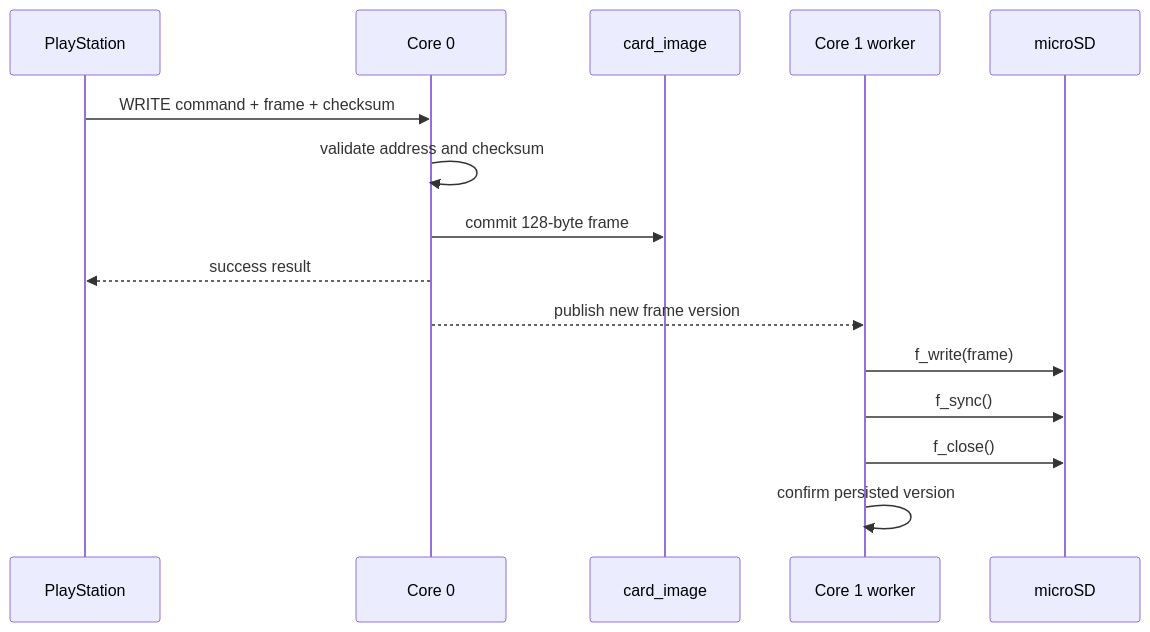
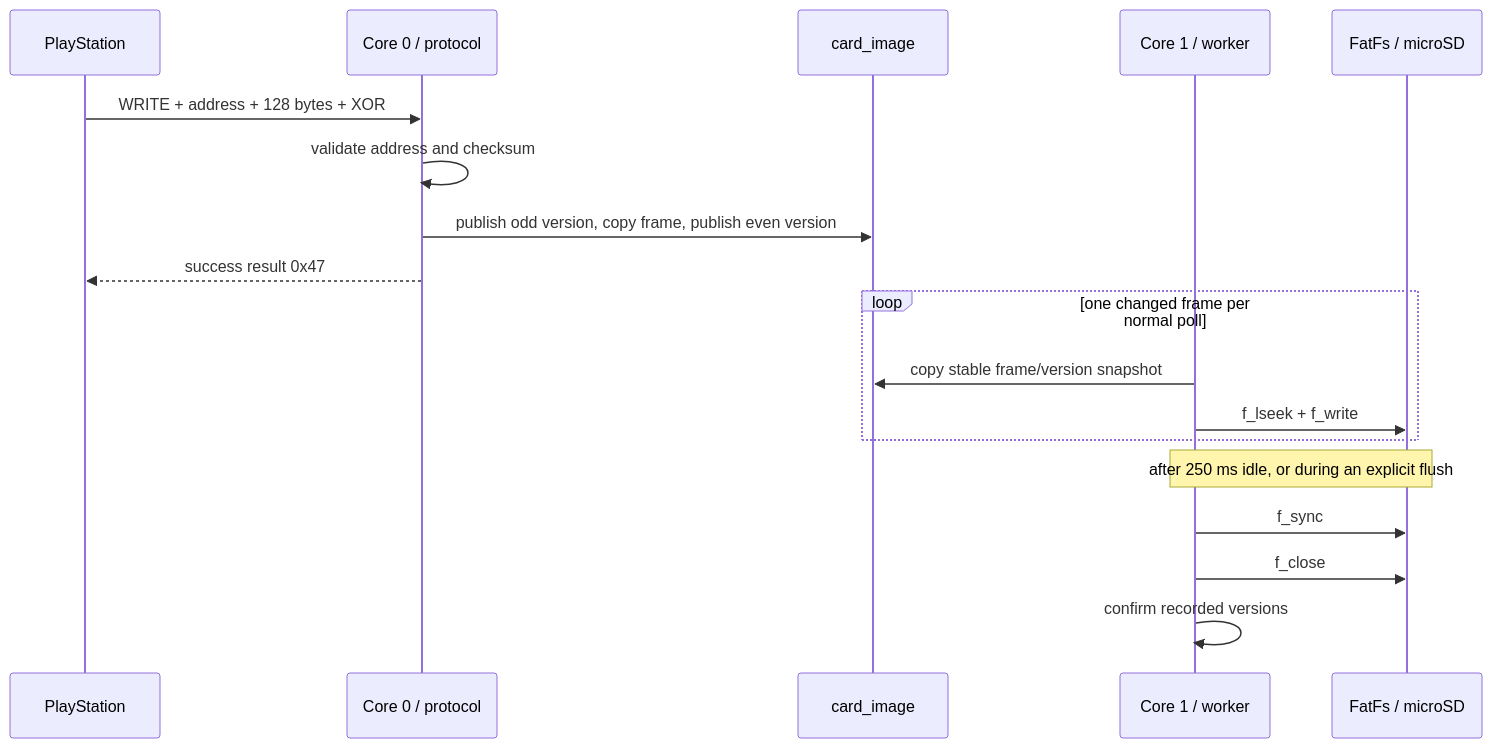
One commit to Blachovsky/PS-microCard changed the fourth of 4 diagrams in docs/architecture.md. Above: the diagram before and after it, drawn with Mermaid. The commit also changed other lines of this file and 8 other files, not shown here.

````diff
--- a/docs/architecture.md
+++ b/docs/architecture.md
@@ -107,18 +164,21 @@
 ```mermaid
 sequenceDiagram
     participant PS1 as PlayStation
-    participant C0 as Core 0
+    participant C0 as Core 0 / protocol
     participant RAM as card_image
-    participant C1 as Core 1 worker
-    participant SD as microSD
+    participant C1 as Core 1 / worker
+    participant FS as FatFs / microSD
 
-    PS1->>C0: WRITE command + frame + checksum
+    PS1->>C0: WRITE + address + 128 bytes + XOR
     C0->>C0: validate address and checksum
-    C0->>RAM: commit 128-byte frame
-    C0-->>PS1: success result
-    C0-->>C1: publish new frame version
-    C1->>SD: f_write(frame)
-    C1->>SD: f_sync()
-    C1->>SD: f_close()
-    C1->>C1: confirm persisted version
+    C0->>RAM: publish odd version, copy frame, publish even version
+    C0-->>PS1: success result 0x47
+    loop one changed frame per normal poll
+        C1->>RAM: copy stable frame/version snapshot
+        C1->>FS: f_lseek + f_write
+    end
+    Note over C1,FS: after 250 ms idle, or during an explicit flush
+    C1->>FS: f_sync
+    C1->>FS: f_close
+    C1->>C1: confirm recorded versions
 ```
````
